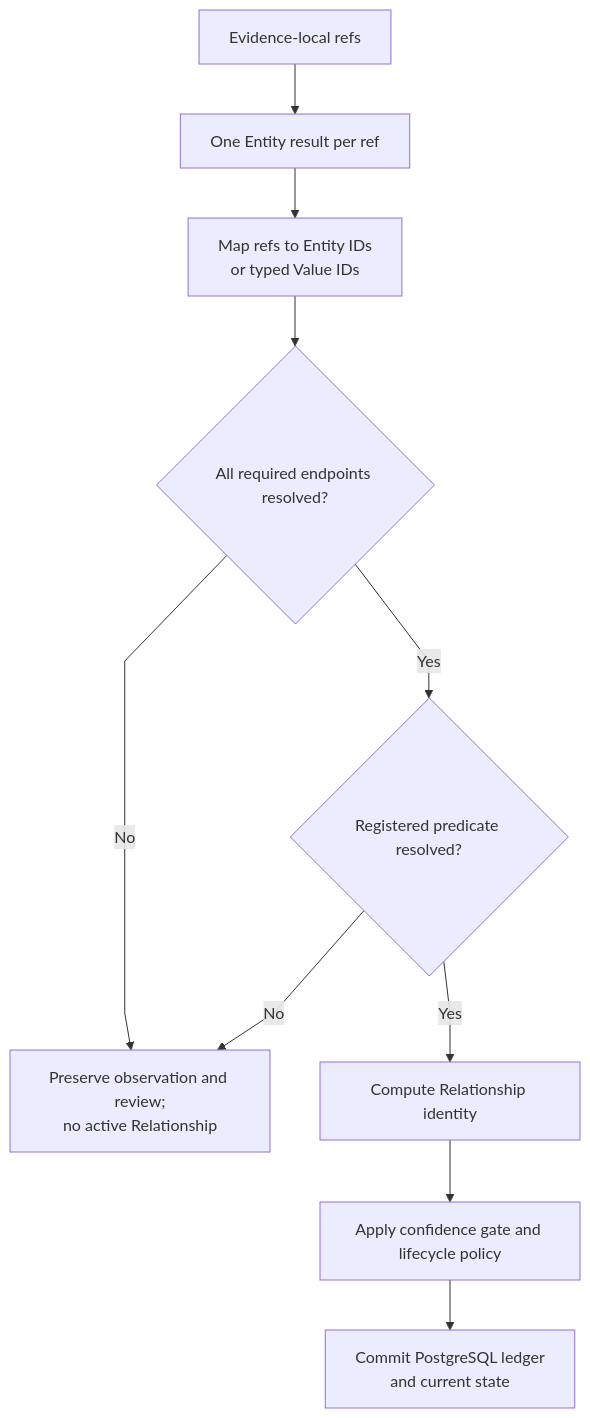
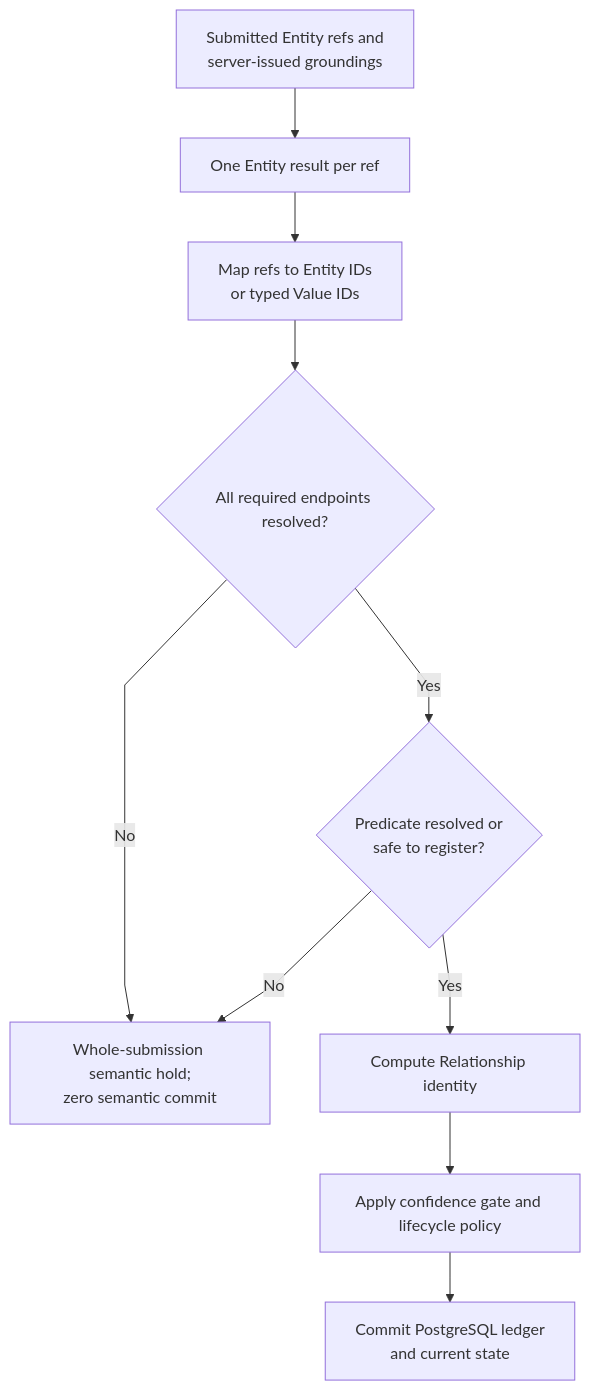
Before and after one commit to markhuangai/dense-mem: the sixth of 7 diagrams in Entity-Identity-And-Resolution.md, drawn with Mermaid. The commit also changed other lines of this file and 24 other files, not shown here.

````diff
--- a/Entity-Identity-And-Resolution.md
+++ b/Entity-Identity-And-Resolution.md
@@ -290,13 +295,13 @@
 ```mermaid
 %%{init: {"flowchart": {"curve": "linear"}}}%%
 flowchart TD
-  Refs["Evidence-local refs"] --> Results["One Entity result per ref"]
+  Refs["Submitted Entity refs and<br/>server-issued groundings"] --> Results["One Entity result per ref"]
   Results --> Map["Map refs to Entity IDs<br/>or typed Value IDs"]
   Map --> Ready{"All required endpoints resolved?"}
-  Ready -- No --> Hold["Preserve observation and review;<br/>no active Relationship"]
-  Ready -- Yes --> Predicate{"Registered predicate resolved?"}
+  Ready -- No --> Hold["Whole-submission semantic hold;<br/>zero semantic commit"]
+  Ready -- Yes --> Predicate{"Predicate resolved or<br/>safe to register?"}
   Predicate -- No --> Hold
   Predicate -- Yes --> Identity["Compute Relationship identity"]
   Identity --> Policy["Apply confidence gate and lifecycle policy"]
   Policy --> Commit["Commit PostgreSQL ledger<br/>and current state"]
 ```
````
